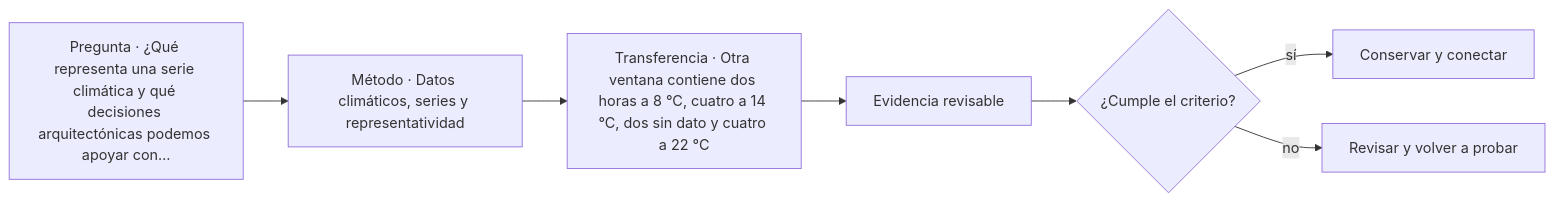
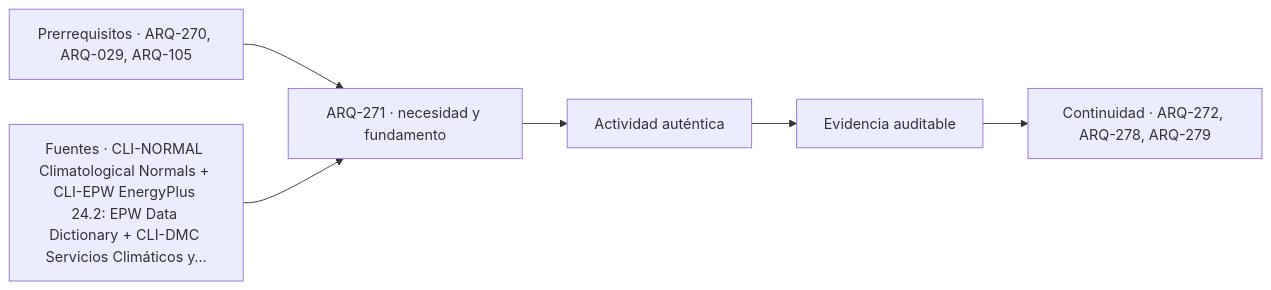
Before and after one commit to vladimiracunadev-create/architecture-built-environment-learning-program: the diagram in classes/parte-28/ARQ-271.md, drawn with Mermaid. The commit also changed other lines of this file and 761 other files, not shown here.

````diff
--- a/classes/parte-28/ARQ-271.md
+++ b/classes/parte-28/ARQ-271.md
@@ -109,9 +121,8 @@
 ```mermaid
 flowchart LR
-    Q["Pregunta · ¿Qué representa una serie climática y qué decisiones arquitectónicas podemos apoyar con…"] --> M["Método · Datos climáticos, series y representatividad"]
-    M --> P["Transferencia · Otra ventana contiene dos horas a 8 °C, cuatro a 14 °C, dos sin dato y cuatro a 22 °C"]
-    P --> E["Evidencia revisable"]
-    E --> C{"¿Cumple el criterio?"}
-    C -->|sí| T["Conservar y conectar"]
-    C -->|no| R["Revisar y volver a probar"]
+    A["Prerrequisitos · ARQ-270, ARQ-029, ARQ-105"] --> B["ARQ-271 · necesidad y fundamento"]
+    S["Fuentes · CLI-NORMAL Climatological Normals + CLI-EPW EnergyPlus 24.2: EPW Data Dictionary + CLI-DMC Servicios Climáticos y…"] --> B
+    B --> C["Actividad auténtica"]
+    C --> D["Evidencia auditable"]
+    D --> E["Continuidad · ARQ-272, ARQ-278, ARQ-279"]
 ```
````
